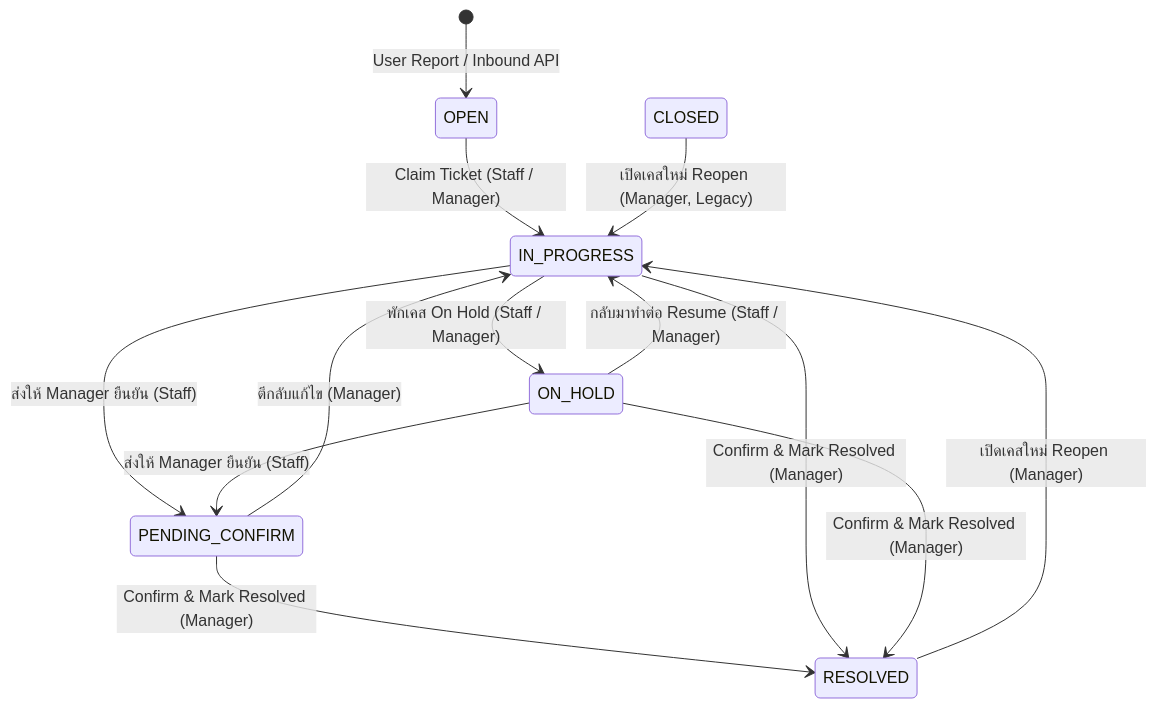
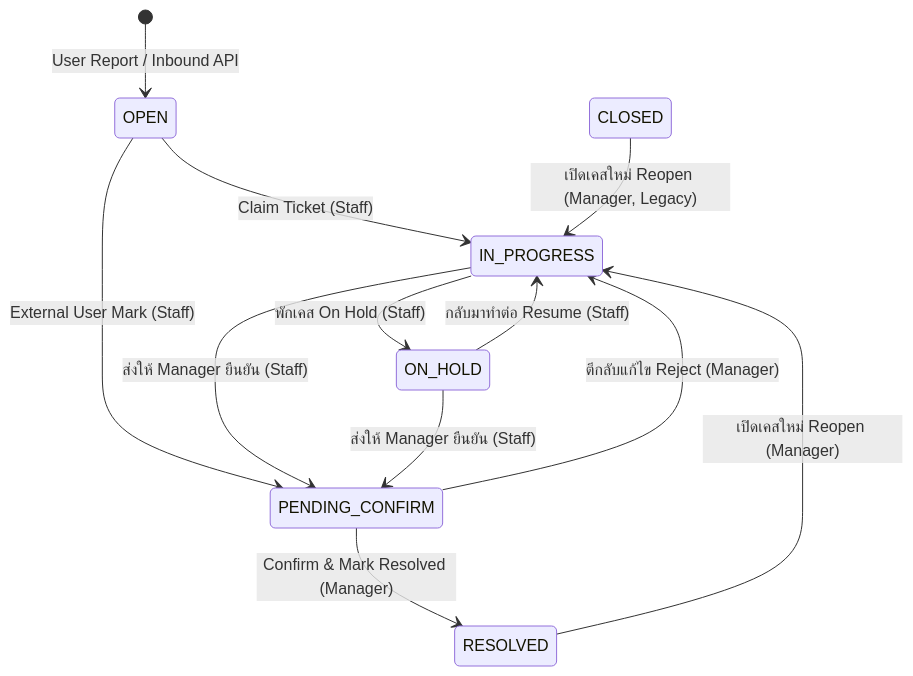
One commit to lookmhen/incident-tracker changed the second of 2 diagrams in DATA_DICTIONARY.md. Above: the diagram before and after it, drawn with Mermaid. The commit also changed other lines of this file and 19 other files, not shown here.

````diff
--- a/DATA_DICTIONARY.md
+++ b/DATA_DICTIONARY.md
@@ -217,15 +219,14 @@
 ```mermaid
 stateDiagram-v2
     [*] --> OPEN: User Report / Inbound API
-    OPEN --> IN_PROGRESS: Claim Ticket (Staff / Manager)
-    IN_PROGRESS --> ON_HOLD: พักเคส On Hold (Staff / Manager)
-    ON_HOLD --> IN_PROGRESS: กลับมาทำต่อ Resume (Staff / Manager)
+    OPEN --> IN_PROGRESS: Claim Ticket (Staff)
+    OPEN --> PENDING_CONFIRM: External User Mark (Staff)
+    IN_PROGRESS --> ON_HOLD: พักเคส On Hold (Staff)
+    ON_HOLD --> IN_PROGRESS: กลับมาทำต่อ Resume (Staff)
     IN_PROGRESS --> PENDING_CONFIRM: ส่งให้ Manager ยืนยัน (Staff)
     ON_HOLD --> PENDING_CONFIRM: ส่งให้ Manager ยืนยัน (Staff)
-    PENDING_CONFIRM --> IN_PROGRESS: ตีกลับแก้ไข (Manager)
+    PENDING_CONFIRM --> IN_PROGRESS: ตีกลับแก้ไข Reject (Manager)
     PENDING_CONFIRM --> RESOLVED: Confirm & Mark Resolved (Manager)
-    IN_PROGRESS --> RESOLVED: Confirm & Mark Resolved (Manager)
-    ON_HOLD --> RESOLVED: Confirm & Mark Resolved (Manager)
     RESOLVED --> IN_PROGRESS: เปิดเคสใหม่ Reopen (Manager)
     CLOSED --> IN_PROGRESS: เปิดเคสใหม่ Reopen (Manager, Legacy)
 ```
````
